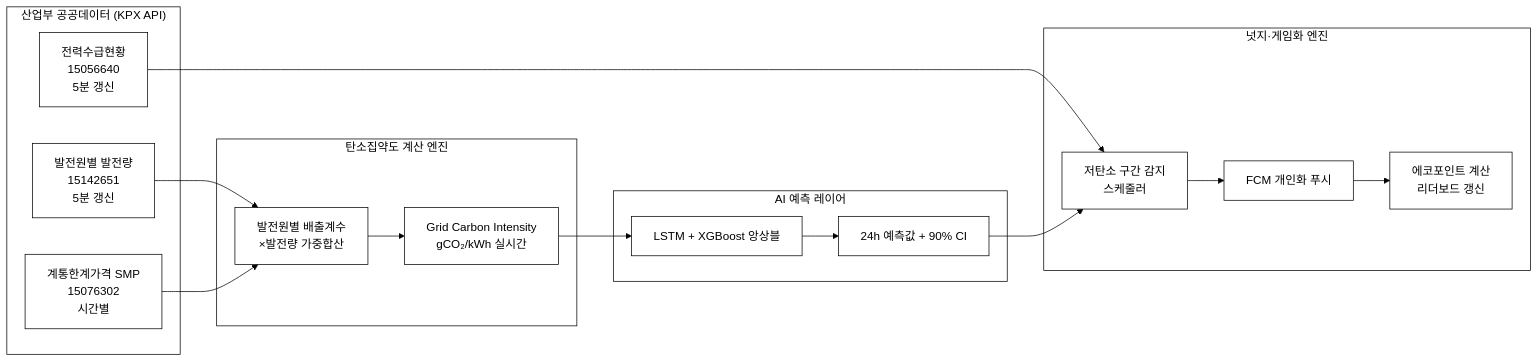
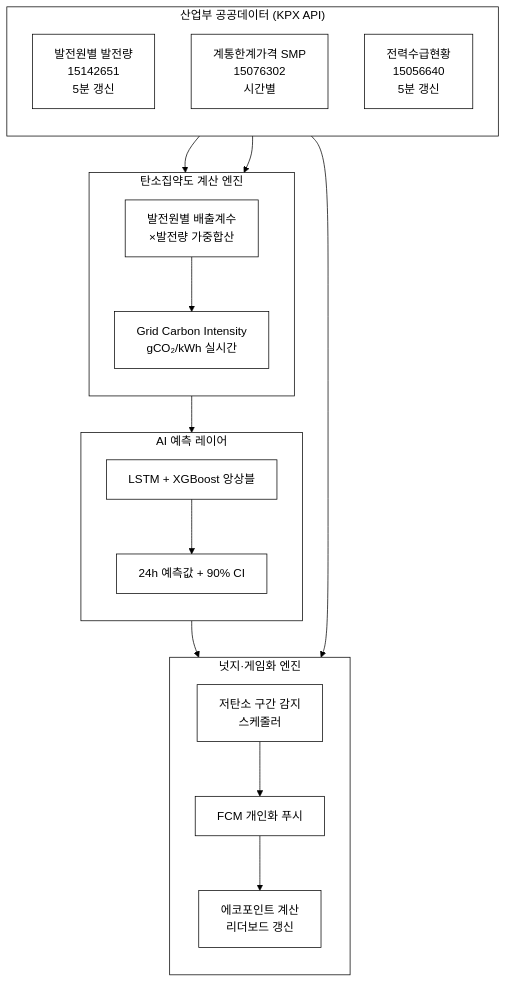
The first of 5 diagrams in 17-탄소적은시간-가전넛지/biz/1_제안서.md (iamywl/pulicdata-congress), drawn with Mermaid before and after one commit. The commit also changed other lines of this file and 44 other files, not shown here.

````diff
--- a/17-탄소적은시간-가전넛지/biz/1_제안서.md
+++ b/17-탄소적은시간-가전넛지/biz/1_제안서.md
@@ -45,31 +45,35 @@
 ```mermaid
 %%{init: {'theme':'base','themeVariables':{'background':'#ffffff','primaryColor':'#ffffff','primaryBorderColor':'#000000','primaryTextColor':'#000000','secondaryColor':'#ffffff','secondaryBorderColor':'#000000','secondaryTextColor':'#000000','tertiaryColor':'#ffffff','tertiaryBorderColor':'#000000','tertiaryTextColor':'#000000','mainBkg':'#ffffff','secondBkg':'#ffffff','lineColor':'#000000','textColor':'#000000','clusterBkg':'#ffffff','clusterBorder':'#000000','edgeLabelBackground':'#ffffff','actorBkg':'#ffffff','actorBorder':'#000000','noteBkgColor':'#ffffff','noteBorderColor':'#000000','signalColor':'#000000','signalTextColor':'#000000','fontFamily':'Georgia, serif'}}}%%
-flowchart LR
+flowchart TB
     subgraph SRC["산업부 공공데이터 (KPX API)"]
+        direction TB
         A1[발전원별 발전량<br/>15142651<br/>5분 갱신]
         A2[계통한계가격 SMP<br/>15076302<br/>시간별]
         A3[전력수급현황<br/>15056640<br/>5분 갱신]
     end
     subgraph CALC["탄소집약도 계산 엔진"]
+        direction TB
         B1[발전원별 배출계수<br/>×발전량 가중합산]
         B2[Grid Carbon Intensity<br/>gCO₂/kWh 실시간]
     end
     subgraph AI["AI 예측 레이어"]
+        direction TB
         C1[LSTM + XGBoost 앙상블]
         C2[24h 예측값 + 90% CI]
     end
     subgraph NUDGE["넛지·게임화 엔진"]
+        direction TB
         D1[저탄소 구간 감지<br/>스케줄러]
         D2[FCM 개인화 푸시]
         D3[에코포인트 계산<br/>리더보드 갱신]
     end
     A1 --> B1
     A2 --> B1
     A3 --> D1
     B1 --> B2
     B2 --> C1
     C1 --> C2
     C2 --> D1
     D1 --> D2
     D2 --> D3
 ```
````
